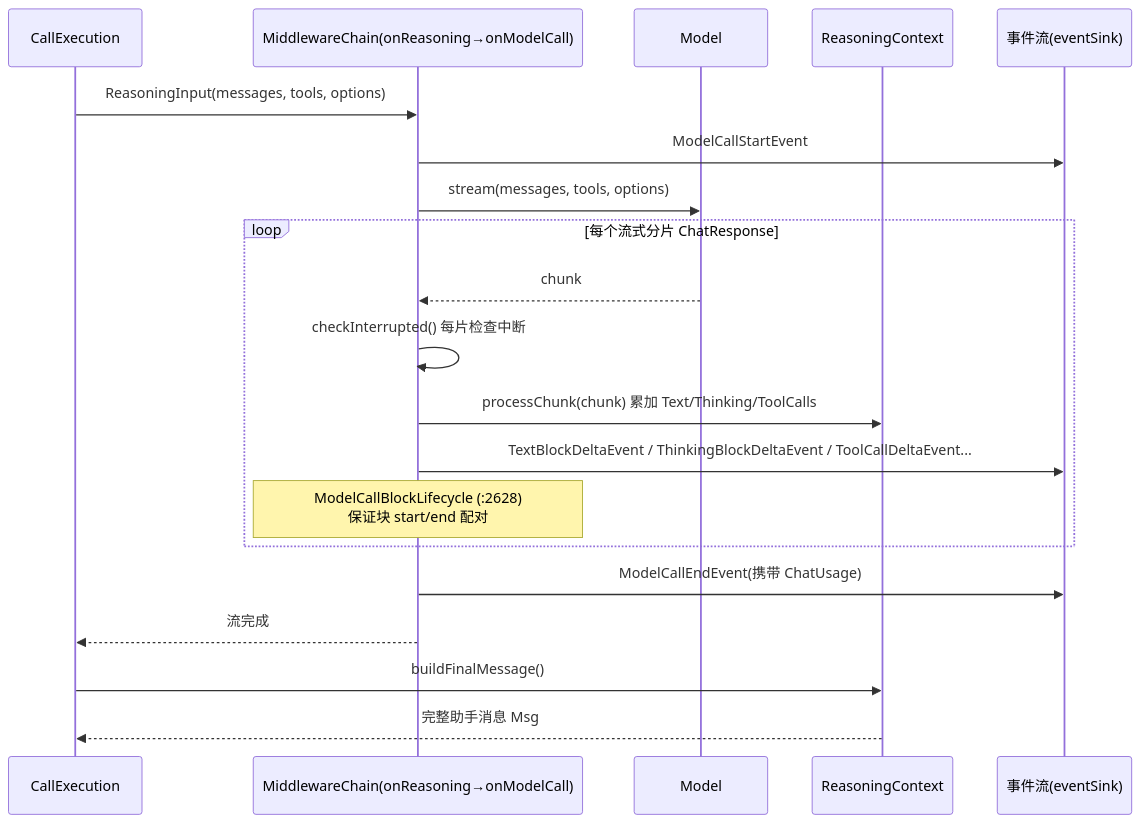
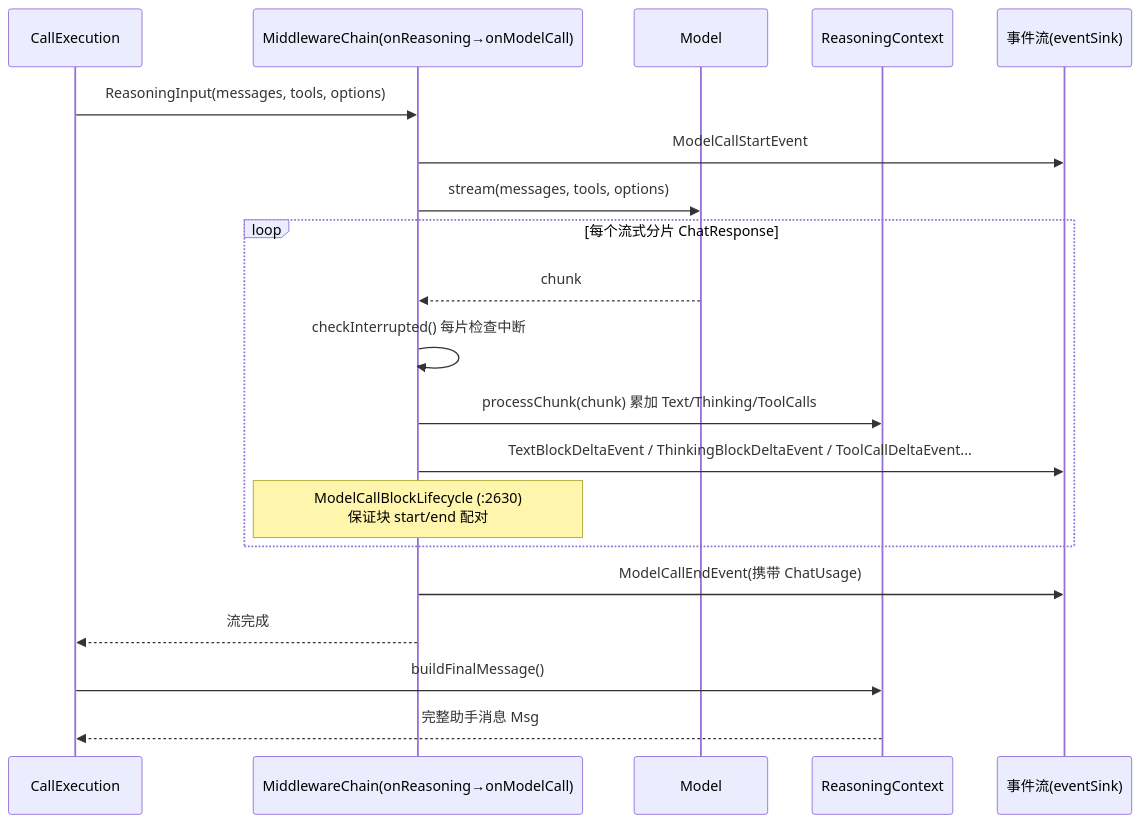
The second of 4 diagrams in 03-ReAct主循环.md (liulangjietou/AgentScope-source-analysis), drawn with Mermaid before and after one commit. The commit also changed other lines of this file and 9 other files, not shown here.

````diff
--- a/03-ReAct主循环.md
+++ b/03-ReAct主循环.md
@@ -88,23 +88,23 @@
 ```mermaid
 sequenceDiagram
     participant R as CallExecution#reasoning
     participant MW as MiddlewareChain(onReasoning→onModelCall)
     participant M as Model#stream（第 5 章）
     participant RC as ReasoningContext
     participant SINK as 事件流(eventSink)
 
     R->>MW: ReasoningInput(messages, tools, options)
     MW->>SINK: ModelCallStartEvent
     MW->>M: stream(messages, tools, options)
     loop 每个流式分片 ChatResponse
         M-->>MW: chunk
         MW->>MW: checkInterrupted()  每片检查中断
         MW->>RC: processChunk(chunk) 累加 Text/Thinking/ToolCalls
         MW->>SINK: TextBlockDeltaEvent / ThinkingBlockDeltaEvent / ToolCallDeltaEvent...
-        Note over MW: ModelCallBlockLifecycle (:2628)<br/>保证块 start/end 配对
+        Note over MW: ModelCallBlockLifecycle (:2630)<br/>保证块 start/end 配对
     end
     MW->>SINK: ModelCallEndEvent(携带 ChatUsage)
     MW-->>R: 流完成
     R->>RC: buildFinalMessage()
     RC-->>R: 完整助手消息 Msg
 ```
````
